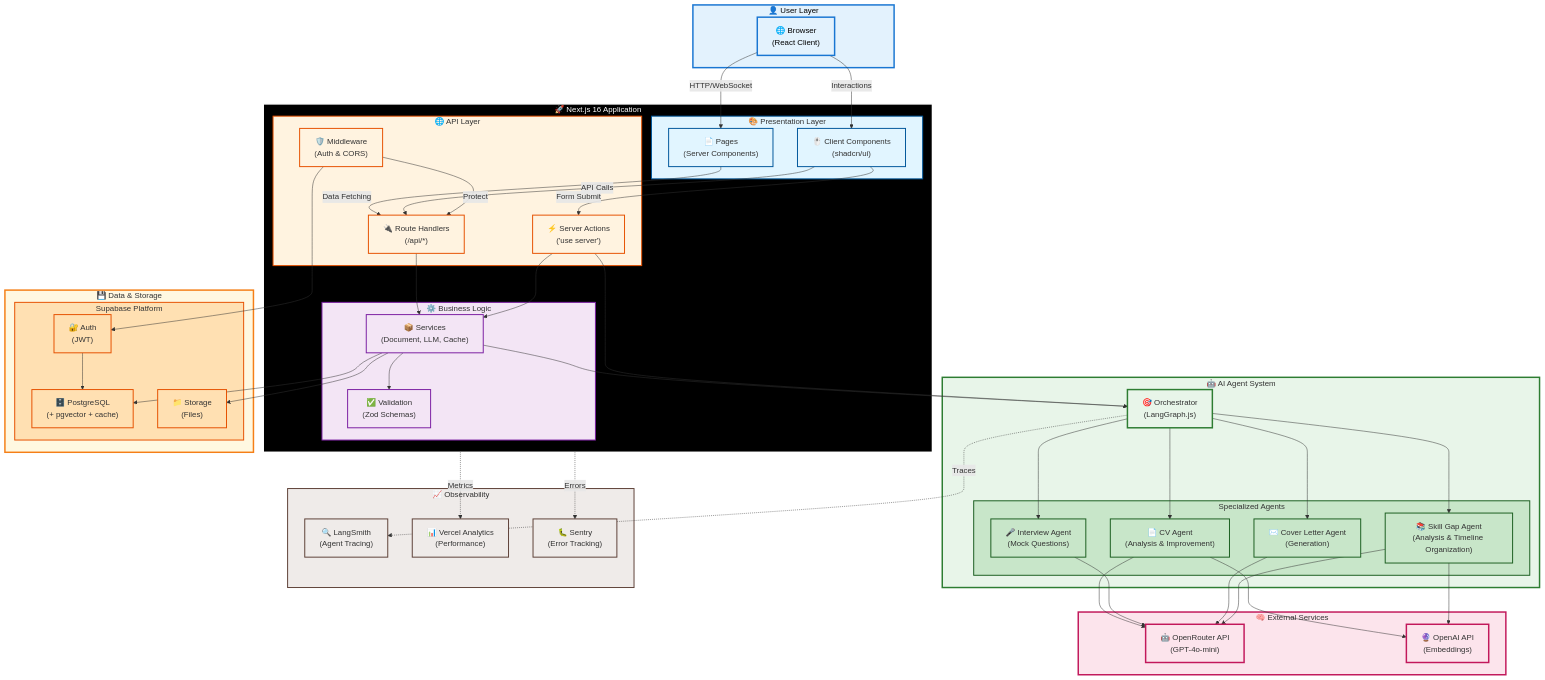
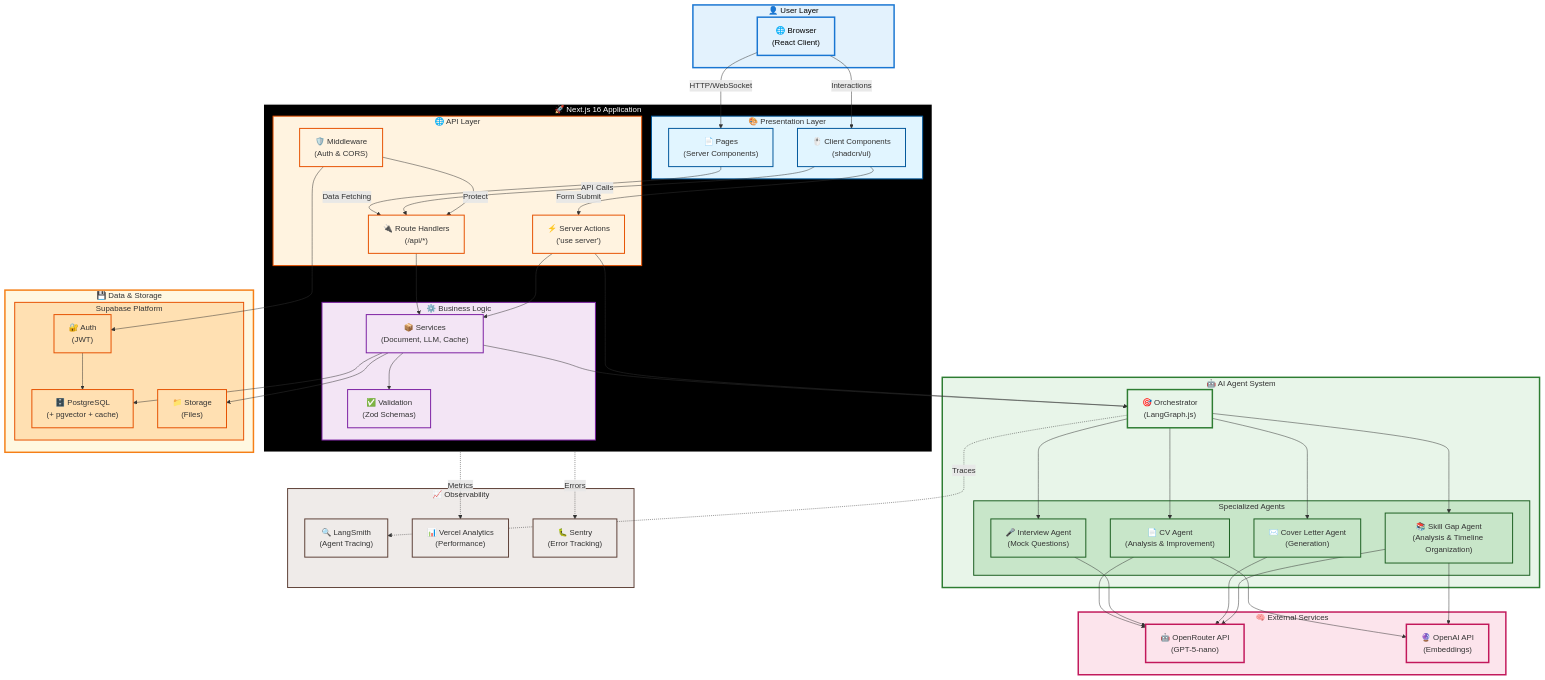
The first of 3 diagrams in spec-nextjs.md (Ethanlam123/ai-job-hunt-agent), drawn with Mermaid before and after one commit. The commit also changed other lines of this file and 1 other file, not shown here.

First line of the commit message:
docs: Correct LLM model references from GPT-4o-mini to GPT-5-nano

```diff
--- a/spec-nextjs.md
+++ b/spec-nextjs.md
@@ -66,7 +66,7 @@
     end
 
     subgraph External["🧠 External Services"]
-        OpenRouter["🤖 OpenRouter API<br/>(GPT-4o-mini)"]
+        OpenRouter["🤖 OpenRouter API<br/>(GPT-5-nano)"]
         OpenAI["🔮 OpenAI API<br/>(Embeddings)"]
     end
 
```
